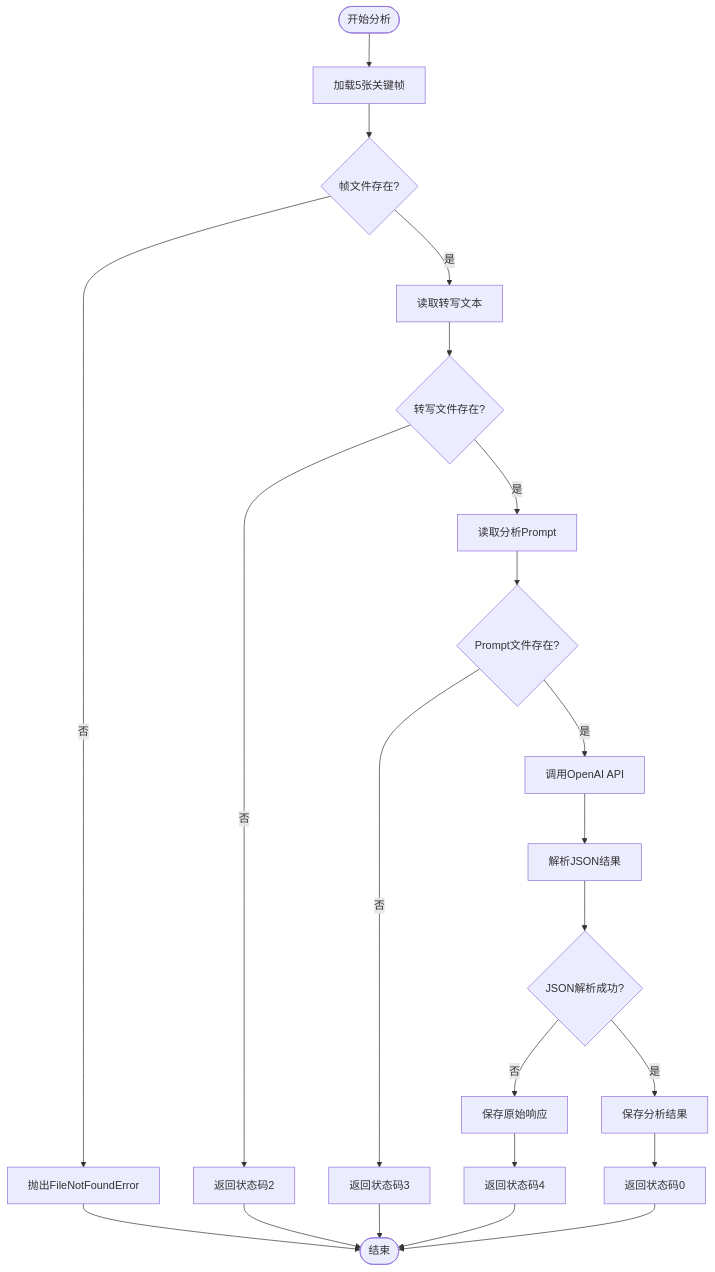
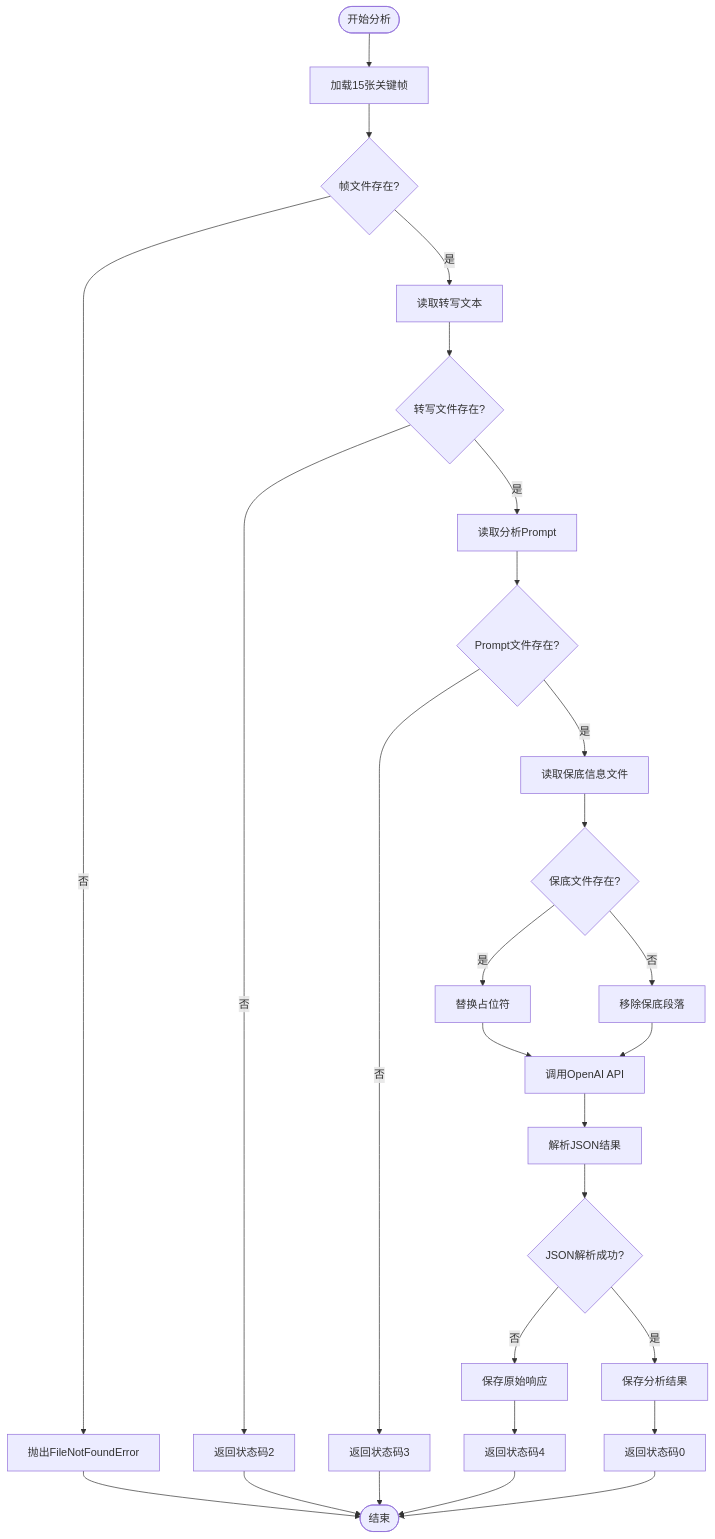
The third of 7 diagrams in .qoder/repowiki/zh/content/核心模块详解/多模态分析模块.md (WongMingJiu/landingpage-test-hero-page), drawn with Mermaid before and after one commit. The commit also changed other lines of this file and 6 other files, not shown here.

````diff
--- a/.qoder/repowiki/zh/content/核心模块详解/多模态分析模块.md
+++ b/.qoder/repowiki/zh/content/核心模块详解/多模态分析模块.md
@@ -156,24 +165,29 @@
 ```mermaid
 flowchart TD
-Start([开始分析]) --> LoadFrames["加载5张关键帧"]
+Start([开始分析]) --> LoadFrames["加载15张关键帧"]
 LoadFrames --> CheckFrames{"帧文件存在?"}
 CheckFrames --> |否| Error1["抛出FileNotFoundError"]
 CheckFrames --> |是| LoadTranscript["读取转写文本"]
 LoadTranscript --> CheckTranscript{"转写文件存在?"}
 CheckTranscript --> |否| Error2["返回状态码2"]
 CheckTranscript --> |是| LoadPrompt["读取分析Prompt"]
 LoadPrompt --> CheckPrompt{"Prompt文件存在?"}
 CheckPrompt --> |否| Error3["返回状态码3"]
-CheckPrompt --> |是| CallAPI["调用OpenAI API"]
+CheckPrompt --> |是| LoadFallback["读取保底信息文件"]
+LoadFallback --> CheckFallback{"保底文件存在?"}
+CheckFallback --> |是| ReplacePlaceholder["替换占位符"]
+CheckFallback --> |否| RemoveSection["移除保底段落"]
+ReplacePlaceholder --> CallAPI["调用OpenAI API"]
+RemoveSection --> CallAPI
 CallAPI --> ParseJSON["解析JSON结果"]
 ParseJSON --> CheckJSON{"JSON解析成功?"}
 CheckJSON --> |否| SaveRaw["保存原始响应"]
 CheckJSON --> |是| SaveResult["保存分析结果"]
 SaveRaw --> Error4["返回状态码4"]
 SaveResult --> Success["返回状态码0"]
 Error1 --> End([结束])
 Error2 --> End
 Error3 --> End
 Error4 --> End
 Success --> End
 ```
````
